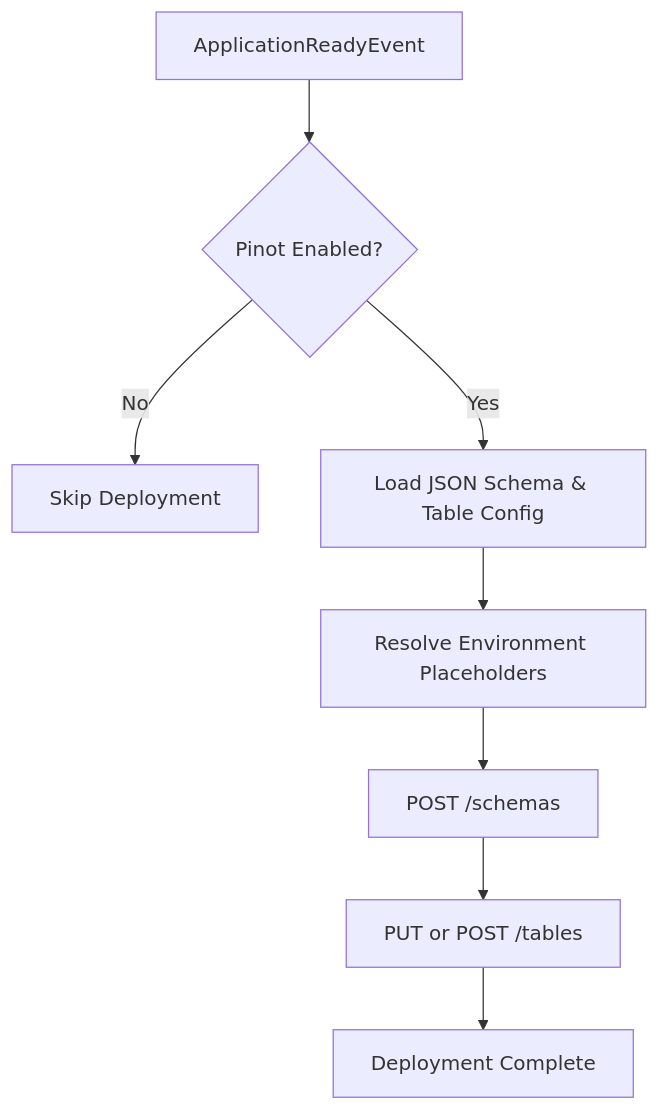
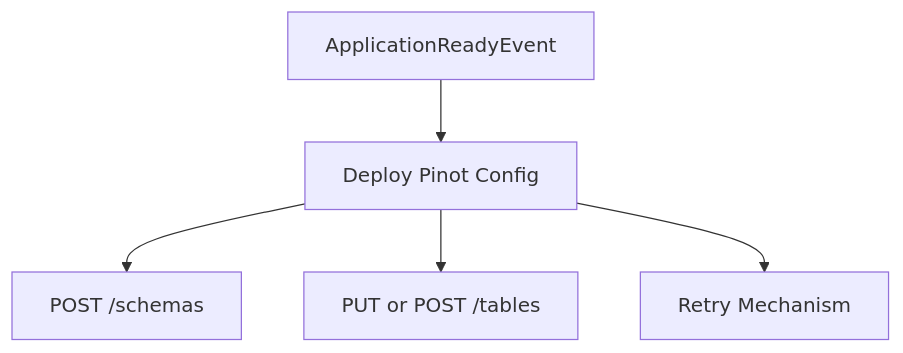
Before and after one commit to Praesto-Pro/openframe-oss-tenant: the fourth of 11 diagrams in docs/architecture/management-service-core/management-service-core.md, drawn with Mermaid. The commit also changed other lines of this file and 174 other files, not shown here.

````diff
--- a/docs/architecture/management-service-core/management-service-core.md
+++ b/docs/architecture/management-service-core/management-service-core.md
@@ -108,10 +131,7 @@
 ```mermaid
 flowchart TD
-    AppReady["ApplicationReadyEvent"] --> CheckEnabled{"Pinot Enabled?"}
-    CheckEnabled -->|"No"| Stop["Skip Deployment"]
-    CheckEnabled -->|"Yes"| LoadResources["Load JSON Schema & Table Config"]
-    LoadResources --> Resolve["Resolve Environment Placeholders"]
-    Resolve --> DeploySchema["POST /schemas"]
-    DeploySchema --> DeployTable["PUT or POST /tables"]
-    DeployTable --> Success["Deployment Complete"]
+    Ready["ApplicationReadyEvent"] --> Deploy["Deploy Pinot Config"]
+    Deploy --> Schema["POST /schemas"]
+    Deploy --> Table["PUT or POST /tables"]
+    Deploy --> Retry["Retry Mechanism"]
 ```
````
